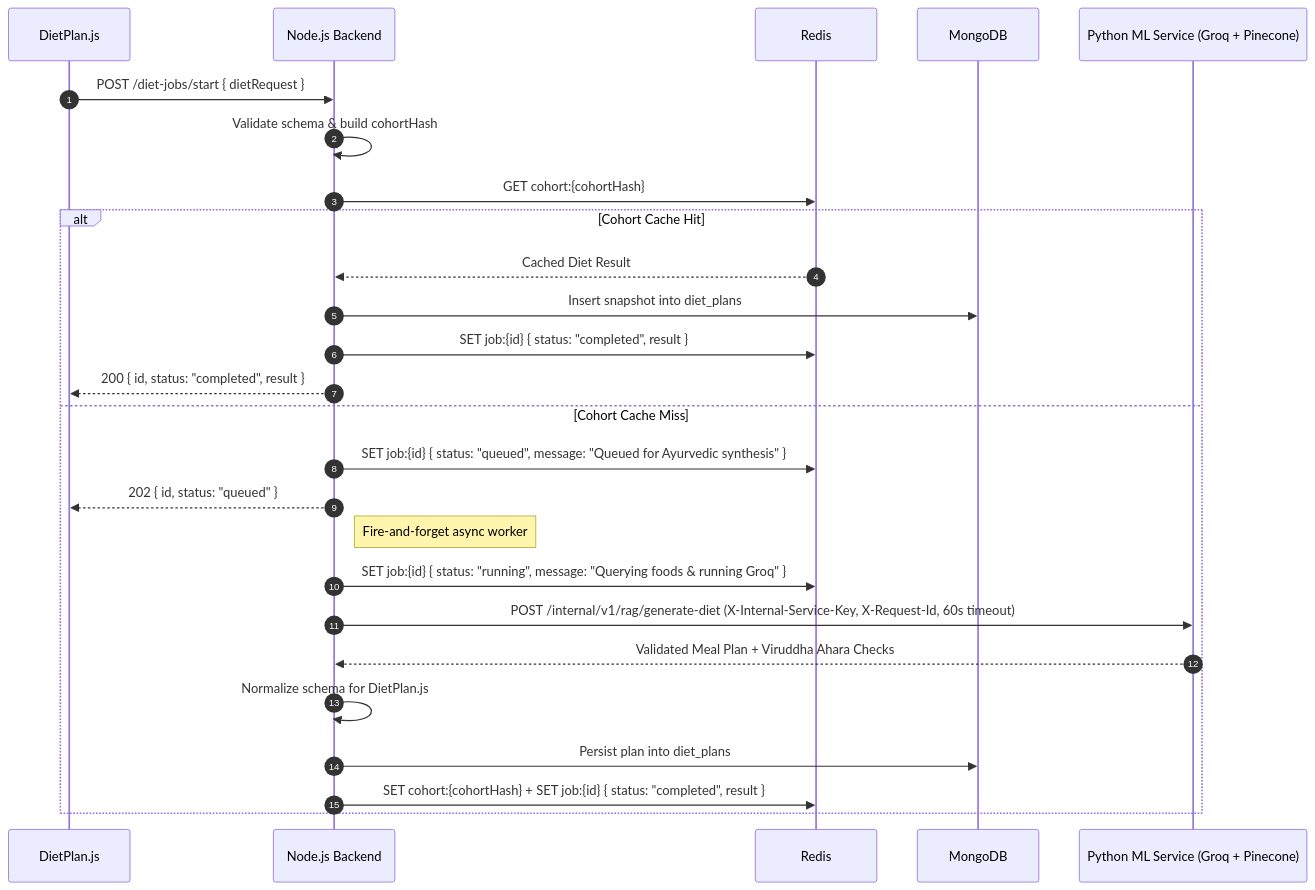
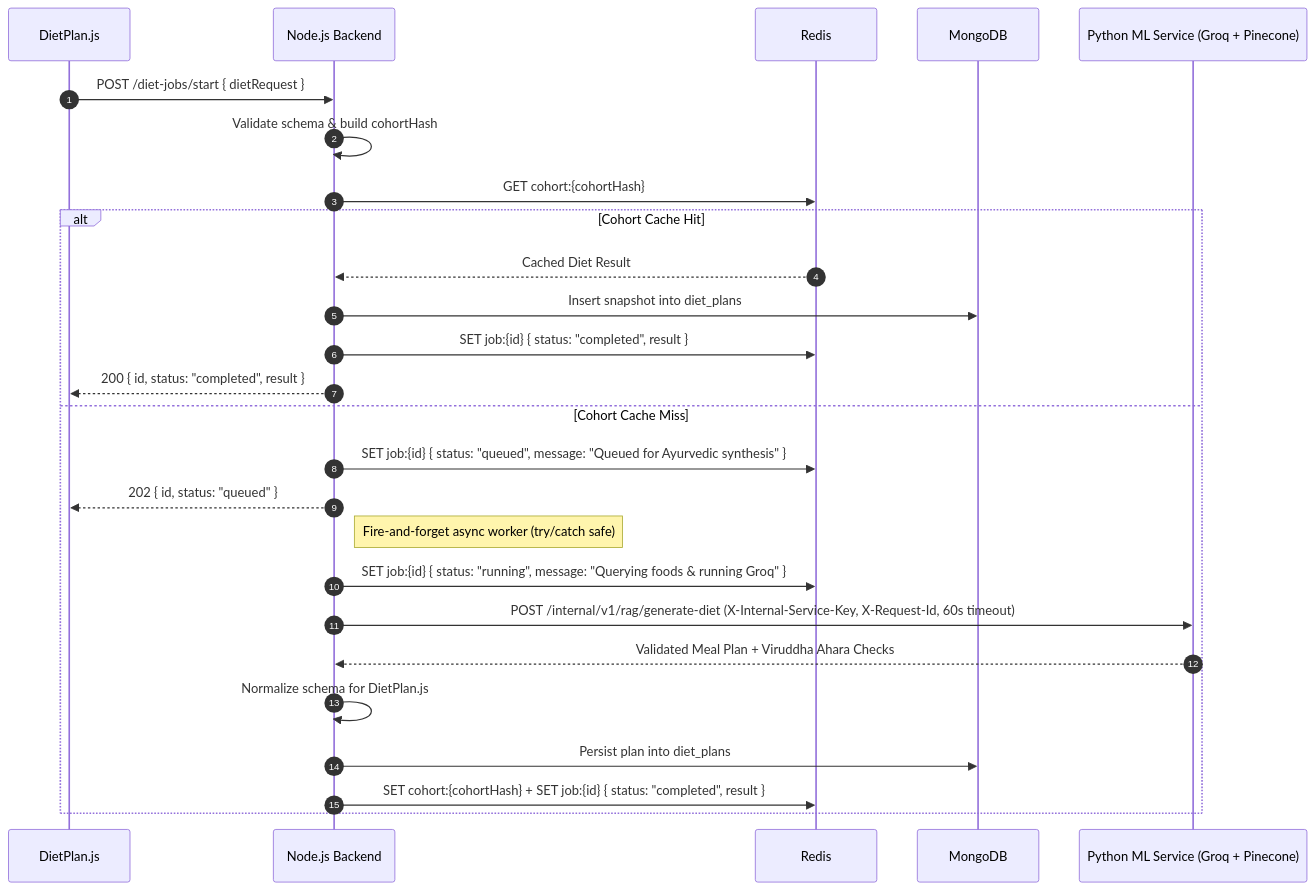
One commit to rajgupta04/Ayurvarta changed the diagram in docs/architecture/backend-plan.md. Above: the diagram before and after it, drawn with Mermaid. The commit also changed other lines of this file and 21 other files, not shown here.

````diff
--- a/docs/architecture/backend-plan.md
+++ b/docs/architecture/backend-plan.md
@@ -143,29 +231,29 @@
 ```mermaid
 sequenceDiagram
     autonumber
     participant UI as DietPlan.js
     participant BE as Node.js Backend
     participant RD as Redis
     participant MG as MongoDB
     participant ML as Python ML Service (Groq + Pinecone)
 
     UI->>BE: POST /diet-jobs/start { dietRequest }
     BE->>BE: Validate schema & build cohortHash
     BE->>RD: GET cohort:{cohortHash}
     alt Cohort Cache Hit
         RD-->>BE: Cached Diet Result
         BE->>MG: Insert snapshot into diet_plans
         BE->>RD: SET job:{id} { status: "completed", result }
         BE-->>UI: 200 { id, status: "completed", result }
     else Cohort Cache Miss
         BE->>RD: SET job:{id} { status: "queued", message: "Queued for Ayurvedic synthesis" }
         BE-->>UI: 202 { id, status: "queued" }
-        Note right of BE: Fire-and-forget async worker
+        Note right of BE: Fire-and-forget async worker (try/catch safe)
         BE->>RD: SET job:{id} { status: "running", message: "Querying foods & running Groq" }
         BE->>ML: POST /internal/v1/rag/generate-diet (X-Internal-Service-Key, X-Request-Id, 60s timeout)
         ML-->>BE: Validated Meal Plan + Viruddha Ahara Checks
         BE->>BE: Normalize schema for DietPlan.js
         BE->>MG: Persist plan into diet_plans
         BE->>RD: SET cohort:{cohortHash} + SET job:{id} { status: "completed", result }
     end
 ```
````
